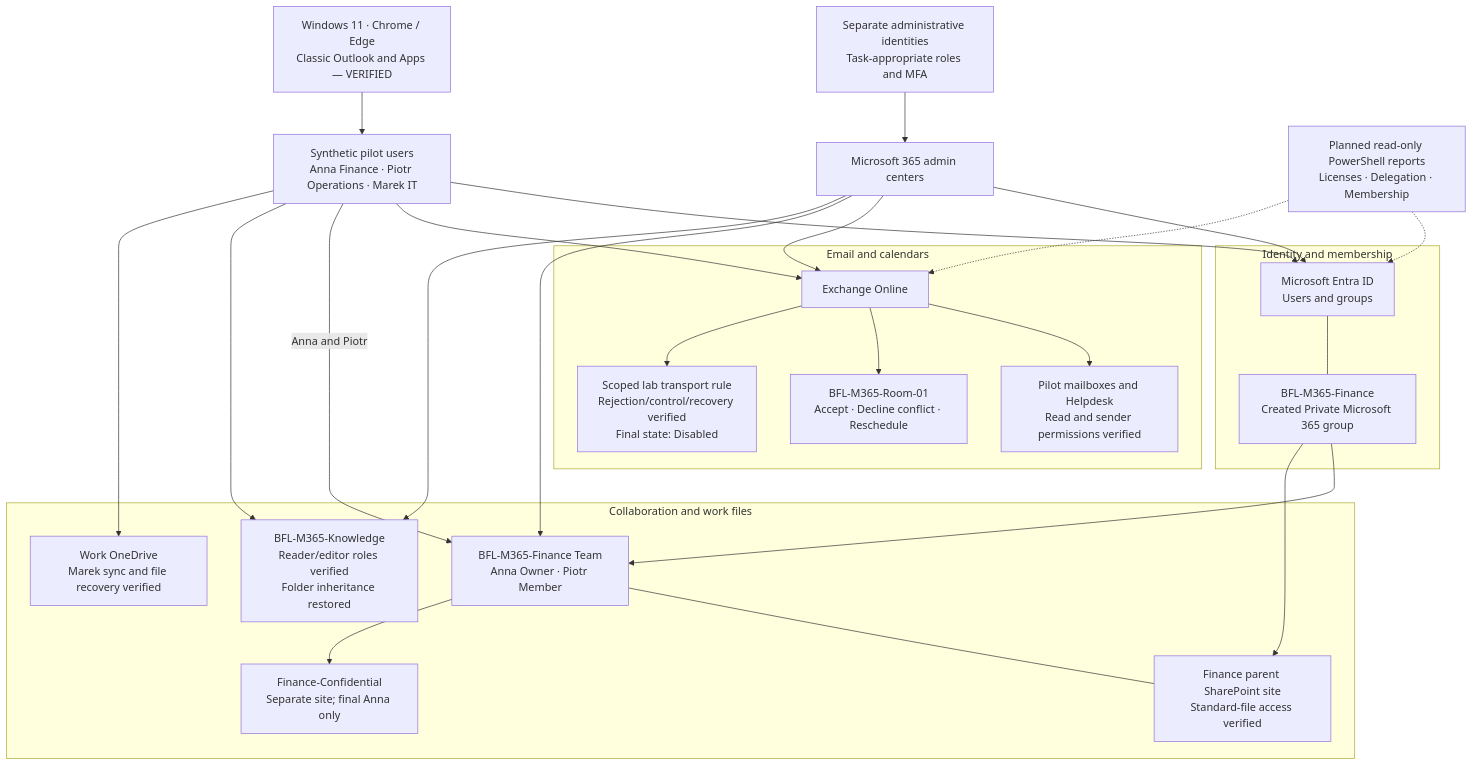
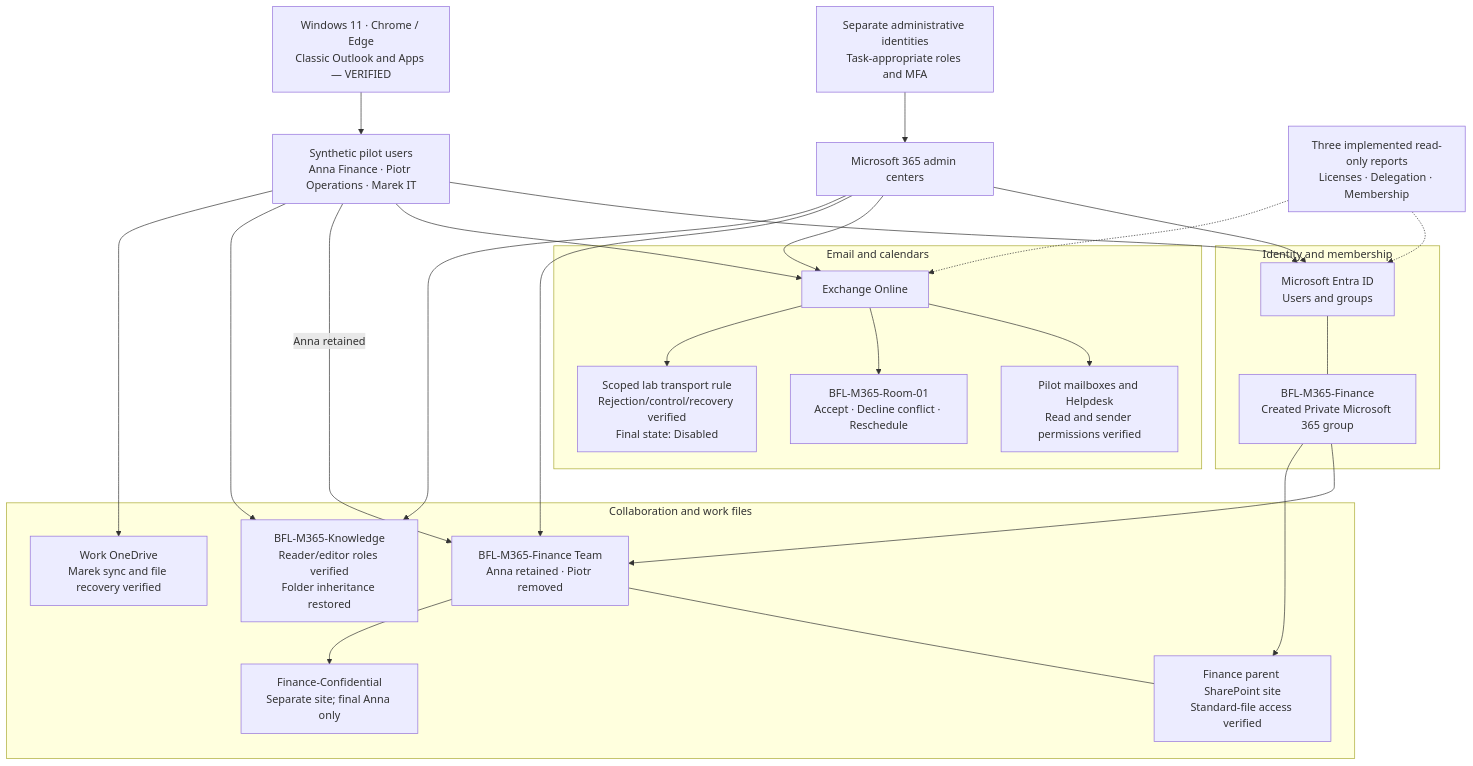
Before and after one commit to krzysztof-szot/m365-administration-support-project: the diagram in README.md, drawn with Mermaid. The commit also changed other lines of this file and 22 other files, not shown here.

````diff
--- a/README.md
+++ b/README.md
@@ -239,51 +243,51 @@
 ```mermaid
 flowchart TB
     ADMIN["Separate administrative identities<br/>Task-appropriate roles and MFA"]
     CENTERS["Microsoft 365 admin centers"]
     PILOTS["Synthetic pilot users<br/>Anna Finance · Piotr Operations · Marek IT"]
     CLIENT["Windows 11 · Chrome / Edge<br/>Classic Outlook and Apps — VERIFIED"]
 
     subgraph IDENTITY["Identity and membership"]
         ENTRA["Microsoft Entra ID<br/>Users and groups"]
         GROUP["BFL-M365-Finance<br/>Created Private Microsoft 365 group"]
     end
 
     subgraph MESSAGING["Email and calendars"]
         EXO["Exchange Online"]
         MAIL["Pilot mailboxes and Helpdesk<br/>Read and sender permissions verified"]
         ROOM["BFL-M365-Room-01<br/>Accept · Decline conflict · Reschedule"]
         RULE["Scoped lab transport rule<br/>Rejection/control/recovery verified<br/>Final state: Disabled"]
     end
 
     subgraph COLLABORATION["Collaboration and work files"]
-        TEAM["BFL-M365-Finance Team<br/>Anna Owner · Piotr Member"]
+        TEAM["BFL-M365-Finance Team<br/>Anna retained · Piotr removed"]
         PARENT["Finance parent SharePoint site<br/>Standard-file access verified"]
         PRIVATE["Finance-Confidential<br/>Separate site; final Anna only"]
         KNOWLEDGE["BFL-M365-Knowledge<br/>Reader/editor roles verified<br/>Folder inheritance restored"]
         ONEDRIVE["Work OneDrive<br/>Marek sync and file recovery verified"]
     end
 
-    REPORTS["Planned read-only PowerShell reports<br/>Licenses · Delegation · Membership"]
+    REPORTS["Three implemented read-only reports<br/>Licenses · Delegation · Membership"]
 
     ADMIN --> CENTERS
     CENTERS --> ENTRA
     CENTERS --> EXO
     CENTERS --> TEAM
     CENTERS --> KNOWLEDGE
     PILOTS --> ENTRA
     CLIENT --> PILOTS
     PILOTS --> EXO
-    PILOTS -->|Anna and Piotr| TEAM
+    PILOTS -->|Anna retained| TEAM
     PILOTS --> KNOWLEDGE
     PILOTS --> ONEDRIVE
     ENTRA --- GROUP
     GROUP --> TEAM
     GROUP --> PARENT
     EXO --> MAIL
     EXO --> ROOM
     EXO --> RULE
     TEAM --- PARENT
     TEAM --> PRIVATE
     REPORTS -.-> ENTRA
     REPORTS -.-> EXO
 ```
````
